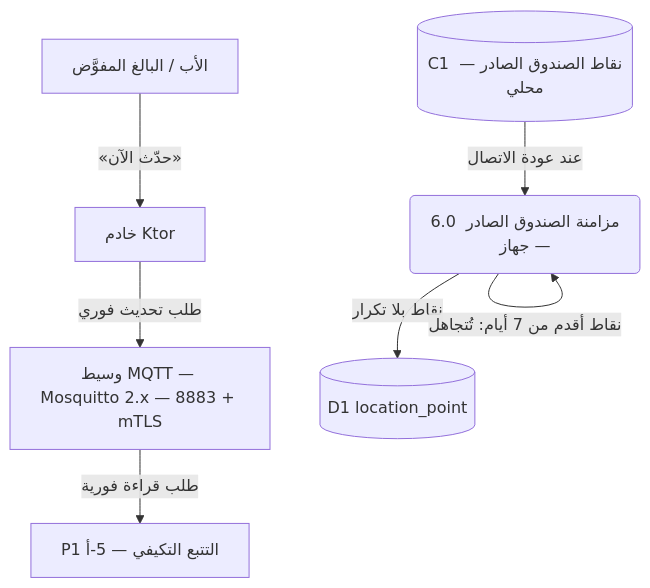
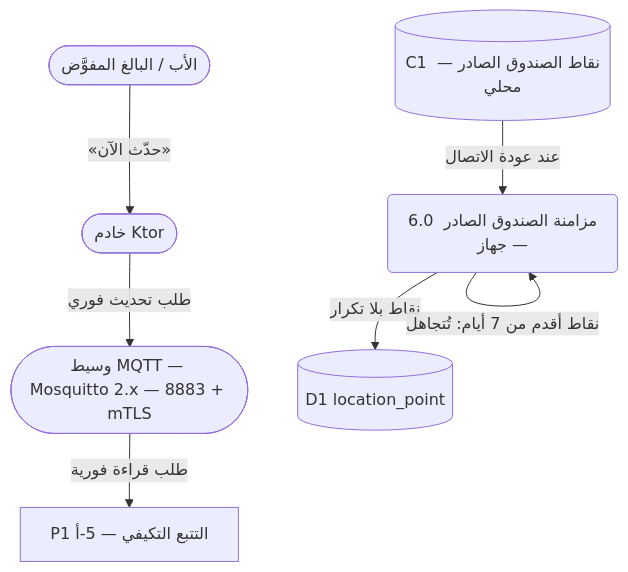
One commit to Bassam-mohammed-alqaeadi/family-os-v2 changed diagram 23 of 30 in docs/family-os/governance/phases/phase-1/S1-07-location-basic/DIAGRAMS.md. Above: the diagram before and after it, drawn with Mermaid. The commit also changed other lines of this file, not shown here.

````diff
--- a/docs/family-os/governance/phases/phase-1/S1-07-location-basic/DIAGRAMS.md
+++ b/docs/family-os/governance/phases/phase-1/S1-07-location-basic/DIAGRAMS.md
@@ -810,17 +810,17 @@
 ```mermaid
 flowchart TD
-    Father[الأب / البالغ المفوَّض]
-    Ktor[خادم Ktor]
-    MQTT[وسيط MQTT — Mosquitto 2.x — 8883 + mTLS]
+    Father([الأب / البالغ المفوَّض])
+    Ktor([خادم Ktor])
+    MQTT([وسيط MQTT — Mosquitto 2.x — 8883 + mTLS])
     P6(6.0 مزامنة الصندوق الصادر — جهاز)
     D1[(D1 location_point)]
     C1[(C1 نقاط الصندوق الصادر — محلي)]
     P1x["P1 التتبع التكيفي — 5-أ"]
 
     C1 -->|عند عودة الاتصال| P6
     P6 -->|نقاط بلا تكرار| D1
     P6 -->|نقاط أقدم من 7 أيام: تُتجاهل| P6
     Father -->|«حدّث الآن»| Ktor
     Ktor -->|طلب تحديث فوري| MQTT
     MQTT -->|طلب قراءة فورية| P1x
 ```
````
